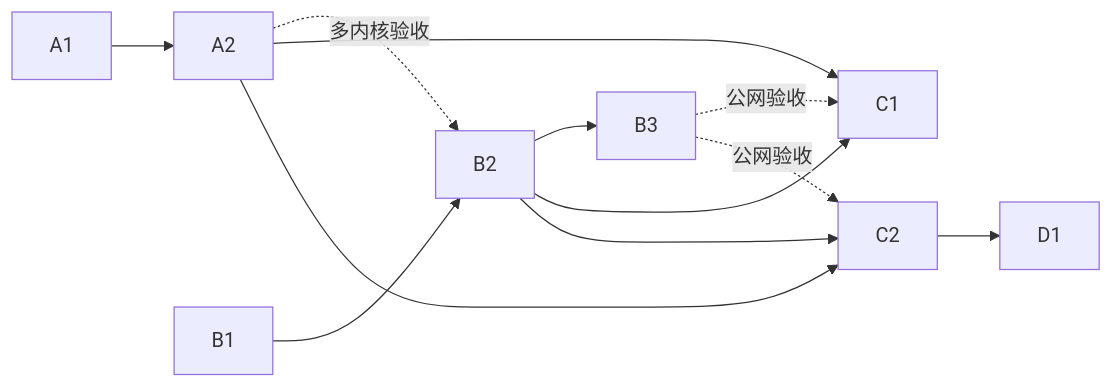
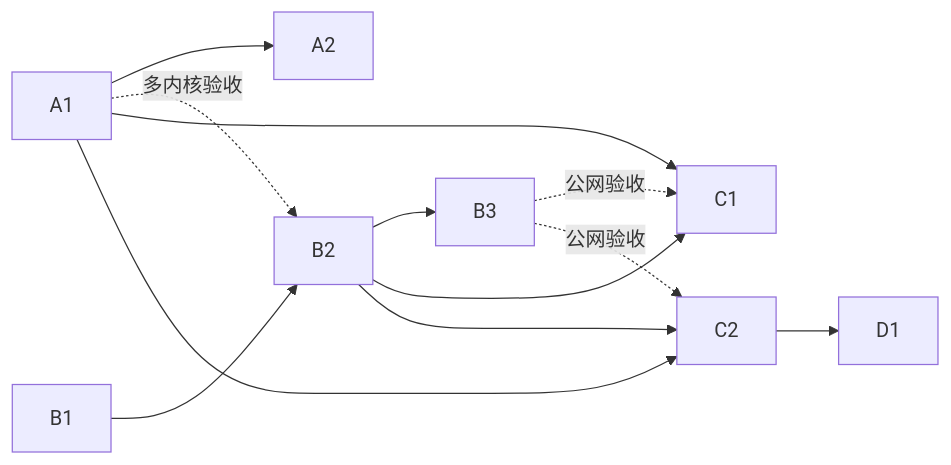
One commit to alphagauss/wingmate changed the second of 2 diagrams in ARCHITECTURE_PLAN.md. Above: the diagram before and after it, drawn with Mermaid. The commit also changed other lines of this file and 19 other files, not shown here.

````diff
--- a/ARCHITECTURE_PLAN.md
+++ b/ARCHITECTURE_PLAN.md
@@ -161,13 +161,13 @@
 ```mermaid
 flowchart LR
     A1 --> A2
     B1 --> B2 --> B3
-    A2 -. 多内核验收 .-> B2
-    A2 --> C1
-    A2 --> C2
+    A1 -. 多内核验收 .-> B2
+    A1 --> C1
+    A1 --> C2
     B2 --> C1
     B2 --> C2
     B3 -. 公网验收 .-> C1
     B3 -. 公网验收 .-> C2
     C2 --> D1
 ```
````
